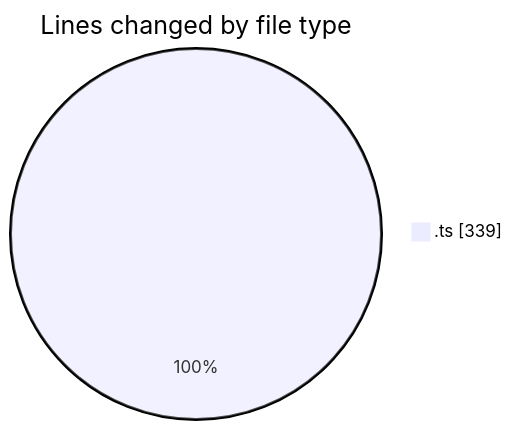
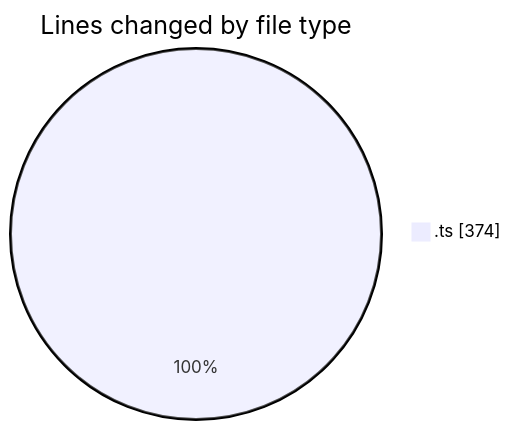
The first of 2 diagrams in 2026-03-31/cinema/README.md (igalym/code-tracking), drawn with Mermaid before and after one commit. The commit also changed other lines of this file and 1 other file, not shown here.

````diff
--- a/2026-03-31/cinema/README.md
+++ b/2026-03-31/cinema/README.md
@@ -34,5 +36,5 @@
 ```mermaid
 pie showData
 title Lines changed by file type
-".ts" : 339
+".ts" : 374
 ```
````
